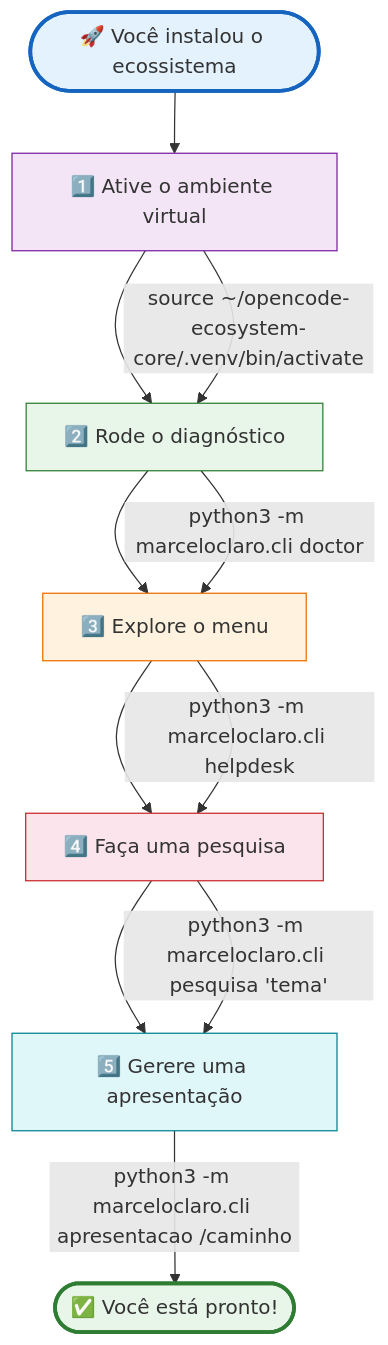
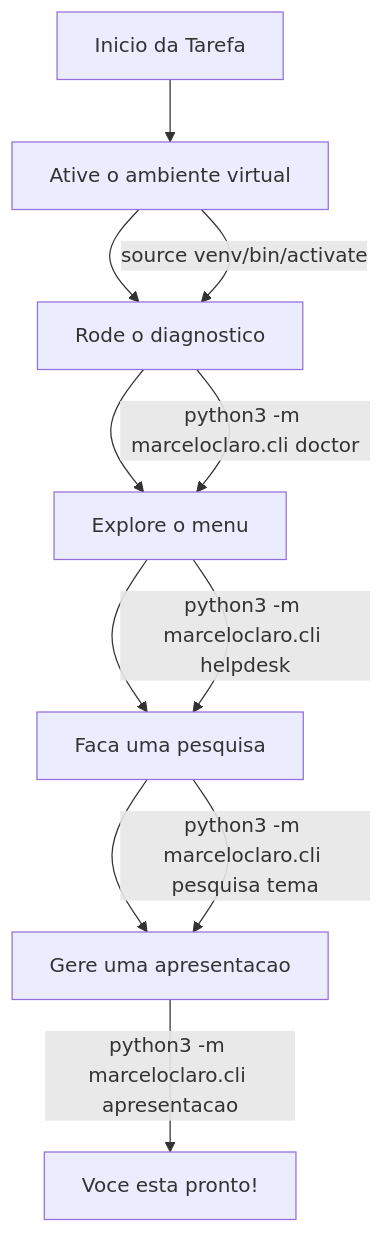
Before and after one commit to MarceloClaro/opencode-ecosystem-core: the first of 22 diagrams in README.md, drawn with Mermaid. The commit also changed other lines of this file, not shown here.

````diff
--- a/README.md
+++ b/README.md
@@ -168,24 +172,16 @@
 ```mermaid
 flowchart TD
-    START(["🚀 Você instalou o ecossistema"]) --> A1["1️⃣ Ative o ambiente virtual"]
-    A1 --> A2["2️⃣ Rode o diagnóstico"]
-    A2 --> A3["3️⃣ Explore o menu"]
-    A3 --> A4["4️⃣ Faça uma pesquisa"]
-    A4 --> A5["5️⃣ Gerere uma apresentação"]
+    START["Inicio da Tarefa"] --> A1["Ative o ambiente virtual"]
+    A1 --> A2["Rode o diagnostico"]
+    A2 --> A3["Explore o menu"]
+    A3 --> A4["Faca uma pesquisa"]
+    A4 --> A5["Gere uma apresentacao"]
 
-    A1 -->|"source ~/opencode-ecosystem-core/.venv/bin/activate"| A2
+    A1 -->|"source venv/bin/activate"| A2
     A2 -->|"python3 -m marceloclaro.cli doctor"| A3
     A3 -->|"python3 -m marceloclaro.cli helpdesk"| A4
-    A4 -->|"python3 -m marceloclaro.cli pesquisa 'tema'"| A5
-    A5 -->|"python3 -m marceloclaro.cli apresentacao /caminho"| DONE
+    A4 -->|"python3 -m marceloclaro.cli pesquisa tema"| A5
+    A5 -->|"python3 -m marceloclaro.cli apresentacao"| DONE
 
-    DONE(["✅ Você está pronto!"])
-
-    style START fill:#e3f2fd,stroke:#1565c0,stroke-width:3px
-    style A1 fill:#f3e5f5,stroke:#7b1fa2
-    style A2 fill:#e8f5e9,stroke:#2e7d32
-    style A3 fill:#fff3e0,stroke:#ef6c00
-    style A4 fill:#fce4ec,stroke:#c62828
-    style A5 fill:#e0f7fa,stroke:#00838f
-    style DONE fill:#e8f5e9,stroke:#2e7d32,stroke-width:3px
+    DONE["Voce esta pronto!"]
 ```
````
